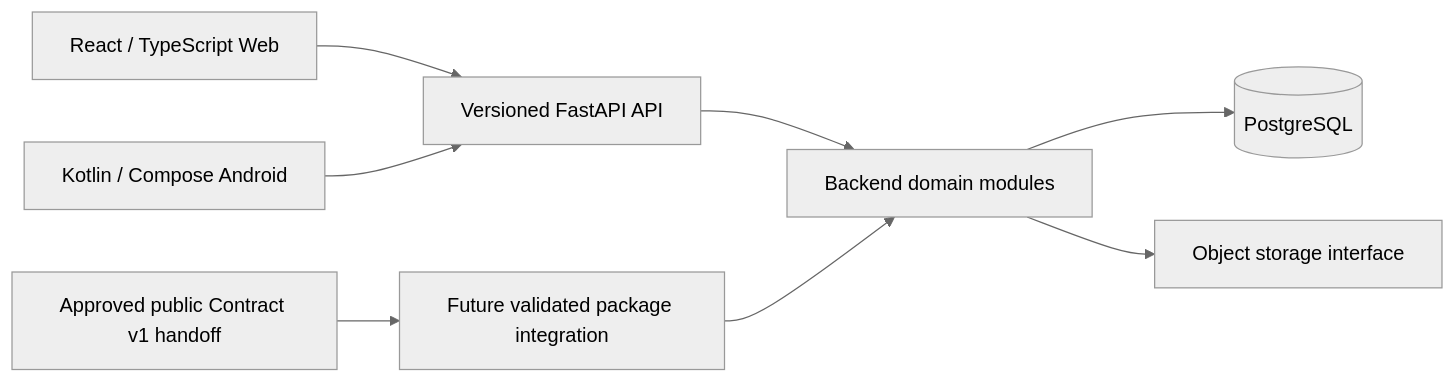
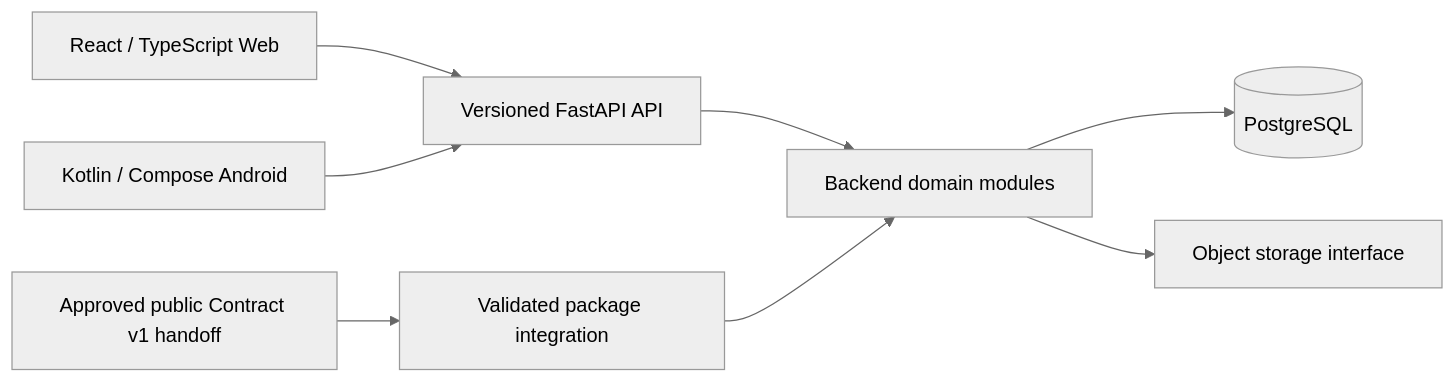
One commit to svobodastalkera1-rgb/norskallstars-platform changed the diagram in docs/architecture/README.md. Above: the diagram before and after it, drawn with Mermaid (neutral theme). The commit also changed other lines of this file and 69 other files, not shown here.

First line of the commit message:
Phase 2: controlled Contract v1 receiving and course release integration (#7)

````diff
--- a/docs/architecture/README.md
+++ b/docs/architecture/README.md
@@ -7,10 +7,10 @@
 ```mermaid
 flowchart LR
   Web[React / TypeScript Web] --> API[Versioned FastAPI API]
   Android[Kotlin / Compose Android] --> API
   API --> Domains[Backend domain modules]
   Domains --> DB[(PostgreSQL)]
   Domains --> Storage[Object storage interface]
-  Handoff[Approved public Contract v1 handoff] --> Validation[Future validated package integration]
+  Handoff[Approved public Contract v1 handoff] --> Validation[Validated package integration]
   Validation --> Domains
 ```
````
